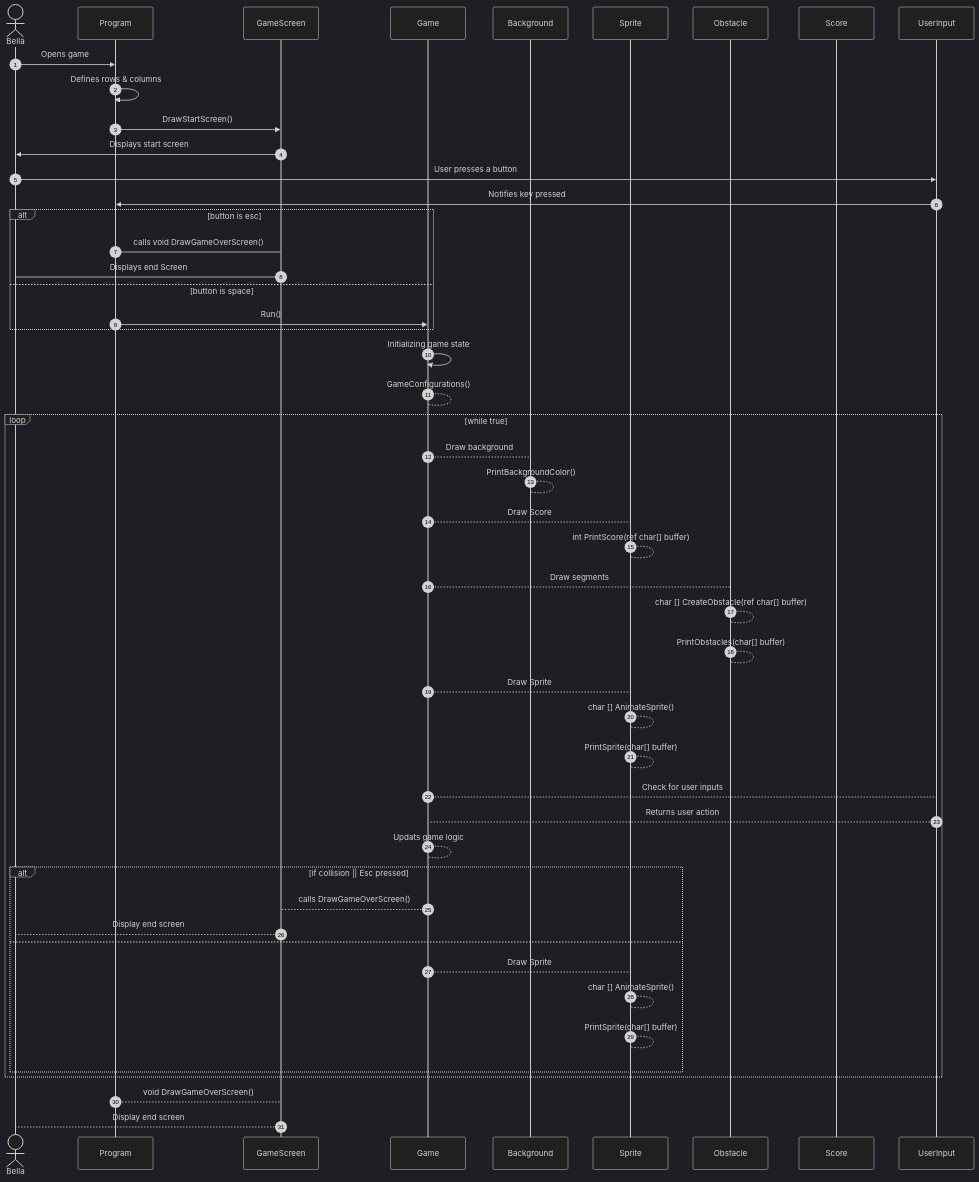
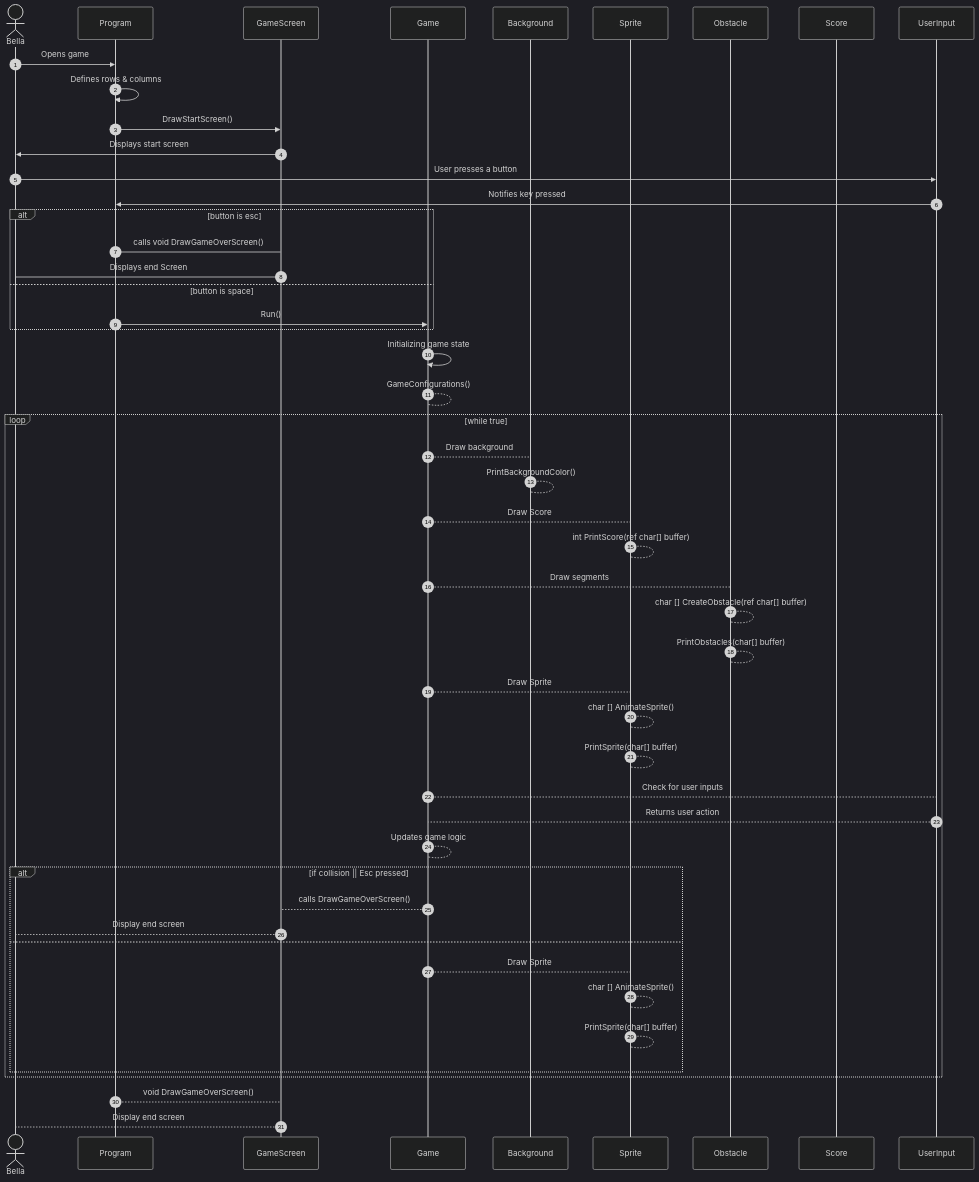
The diagram in dokumentasjon/diagram/sekvens-diagram.md (NexusWeave/MVP-FlappyBird-cs), drawn with Mermaid (dark theme) before and after one commit.

````diff
--- a/dokumentasjon/diagram/sekvens-diagram.md
+++ b/dokumentasjon/diagram/sekvens-diagram.md
@@ -1,74 +1,74 @@
 ```mermaid
 sequenceDiagram
     actor u as Bella
     participant p as Program
     participant gs as GameScreen
     participant g as Game
     participant b as Background
     participant s as Sprite
     participant o as Obstacle
     participant sc as Score
     participant UI as UserInput
 
     autonumber
     u ->> p: Opens game
     p ->> p: Defines rows & columns
     p ->> gs: DrawStartScreen()
     gs ->> u: Displays start screen
 
     u ->> UI: User presses a button
     UI->> p: Notifies key pressed
         alt button is esc
             p->gs: calls void DrawGameOverScreen()
             gs ->u: Displays end Screen
         else button is space
             p ->> g: Run()
         end
 
     g ->> g: Initializing game state
 
         g-->g: GameConfigurations()
     
         loop while true
 
             g-->b: Draw background
                 b-->b: PrintBackgroundColor()
                 %% Change to Game Screen?
 
             g-->s: Draw Score
                 s-->s: int PrintScore(ref char[] buffer)
                 %% Change to Game Screen?
     
             g-->o: Draw segments
                 o-->o: char [] CreateObstacle(ref char[] buffer) 
                 %% At the beginning 5 rows and 5 columns
                 %% during the game, use the score to increase difficulty?
                 %% In Animation speed? columns?
                 o-->o: PrintObstacles(char[] buffer)
                 %% Change to Game Screen?
 
             g-->s: Draw Sprite
                 s-->s: char [] AnimateSprite()
                 s-->s: PrintSprite(char[] buffer)
                 %% Change to Game Screen?
         
             g-->UI: Check for user inputs
             UI-->g: Returns user action
-            g-->g: Updats game logic
+            g-->g: Updates game logic
 
             alt if collision || Esc pressed
                 g --> gs: calls DrawGameOverScreen()
                 gs --> u: Display end screen
 
             else 
                 g-->s: Draw Sprite
                     s-->s: char [] AnimateSprite()
                     s-->s: PrintSprite(char[] buffer)
                     %% Change to Game Screen?
                     %%g-->gs: Display updated Screen
             end
         end
 
         p --> gs: void DrawGameOverScreen()
         gs --> u: Display end screen
 ```
````
